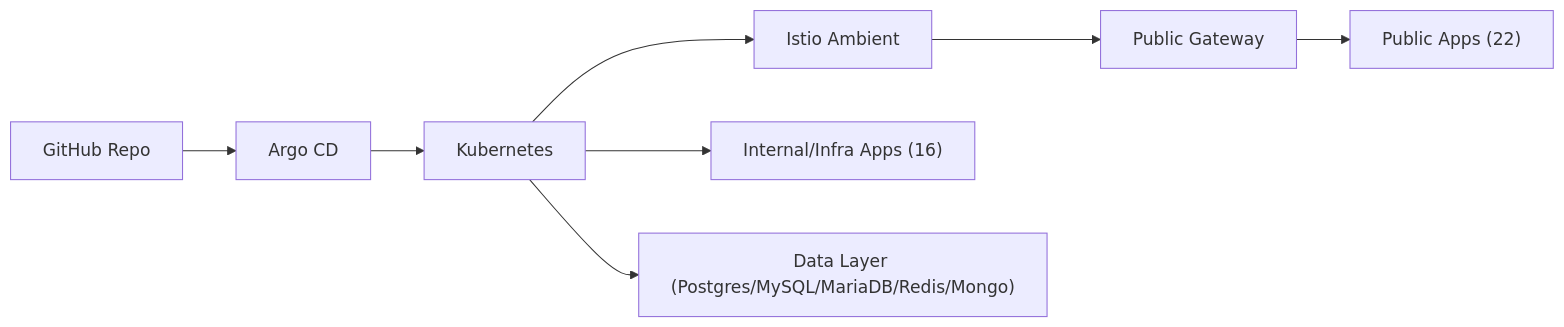
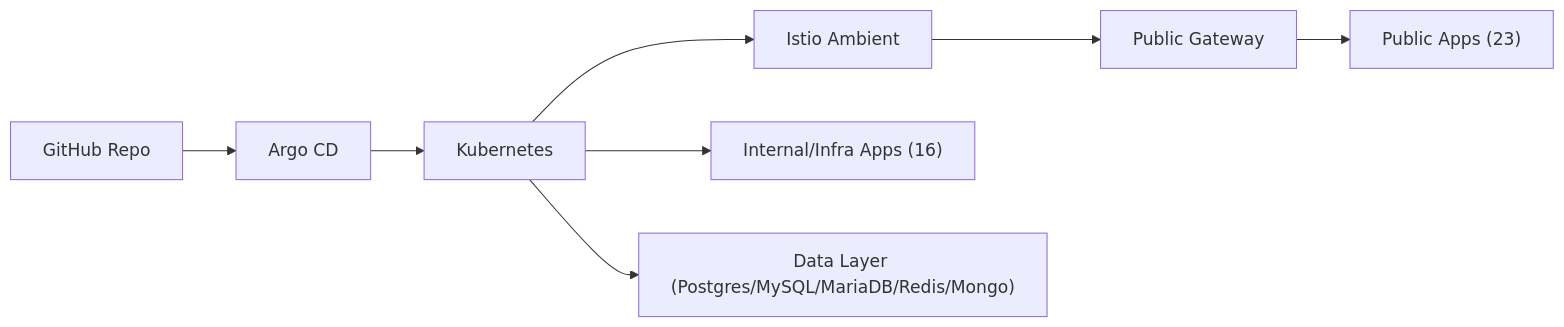
Before and after one commit to noeulnight/homelab: the diagram in README.md, drawn with Mermaid. The commit also changed other lines of this file and 7 other files, not shown here.

````diff
--- a/README.md
+++ b/README.md
@@ -15,10 +15,10 @@
 ```mermaid
 flowchart LR
   GitHub["GitHub Repo"] --> Argo["Argo CD"]
   Argo --> K8s["Kubernetes"]
   K8s --> Istio["Istio Ambient"]
   Istio --> Gateway["Public Gateway"]
-  Gateway --> PublicApps["Public Apps (22)"]
+  Gateway --> PublicApps["Public Apps (23)"]
   K8s --> InternalApps["Internal/Infra Apps (16)"]
   K8s --> Data["Data Layer (Postgres/MySQL/MariaDB/Redis/Mongo)"]
 ```
````
